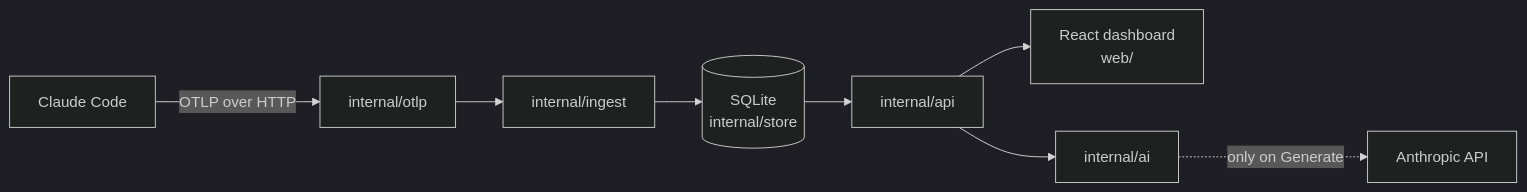
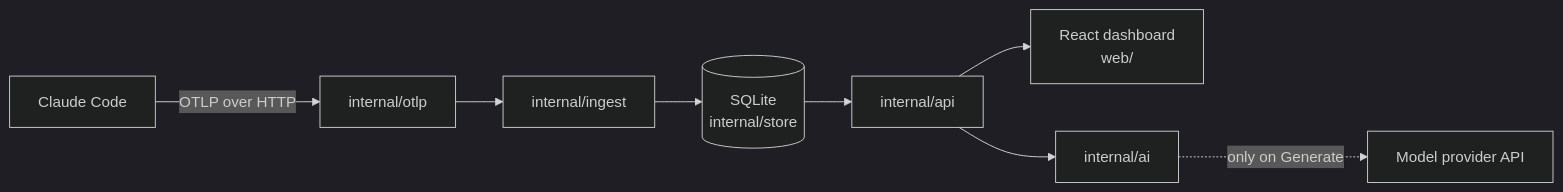
Before and after one commit to infrapalhq/infrapal-token-advisor: the diagram in docs/ARCHITECTURE.md, drawn with Mermaid (dark theme). The commit also changed other lines of this file and 16 other files, not shown here.

````diff
--- a/docs/ARCHITECTURE.md
+++ b/docs/ARCHITECTURE.md
@@ -6,10 +6,10 @@
 ```mermaid
 flowchart LR
     A[Claude Code] -- OTLP over HTTP --> B[internal/otlp]
     B --> C[internal/ingest]
     C --> D[(SQLite<br>internal/store)]
     D --> E[internal/api]
     E --> F[React dashboard<br>web/]
-    G[internal/ai] -. only on Generate .-> H[Anthropic API]
+    G[internal/ai] -. only on Generate .-> H[Model provider API]
     E --> G
 ```
````
